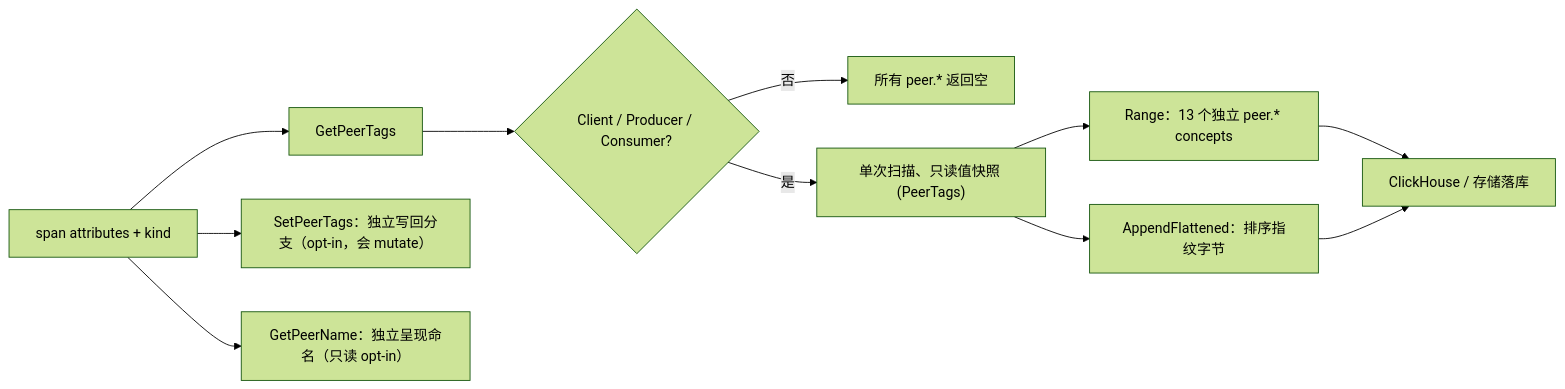
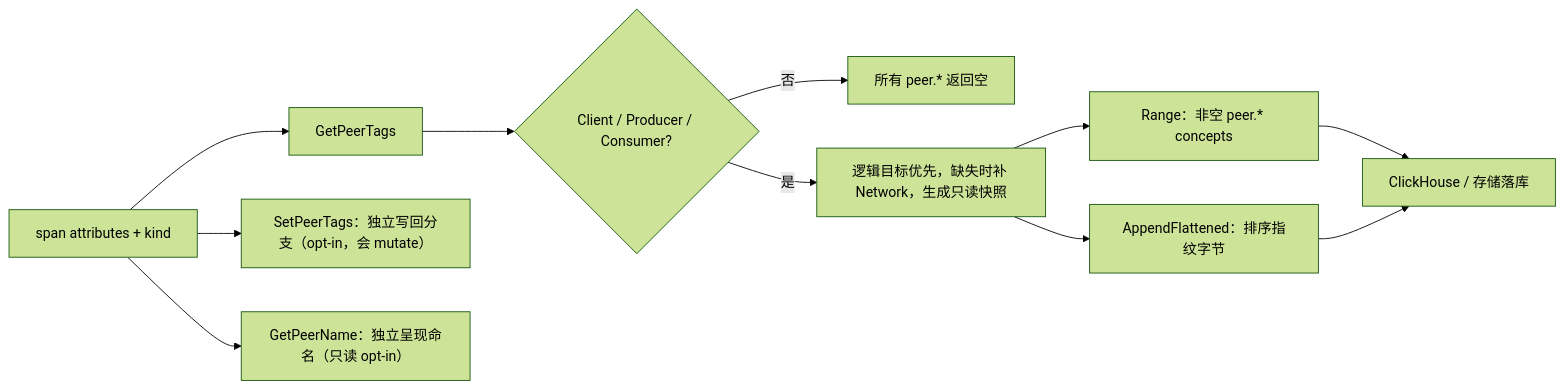
The second of 3 diagrams in README.md (datafoxlabs/otel-semconv-normalizer), drawn with Mermaid (forest theme) before and after one commit. The commit also changed other lines of this file and 14 other files, not shown here.

First line of the commit message:
feat(peer)!: add network identity fallback and unify flattened tags

````diff
--- a/README.md
+++ b/README.md
@@ -294,13 +294,13 @@
 ```mermaid
 flowchart LR
     Attrs["span attributes + kind"] --> Get["GetPeerTags"]
     Get --> Gate{"Client / Producer / Consumer?"}
     Gate -->|"否"| Empty["所有 peer.* 返回空"]
-    Gate -->|"是"| Snapshot["单次扫描、只读值快照 (PeerTags)"]
-    Snapshot --> Range["Range：13 个独立 peer.* concepts"]
+    Gate -->|"是"| Snapshot["逻辑目标优先，缺失时补 Network，生成只读快照"]
+    Snapshot --> Range["Range：非空 peer.* concepts"]
     Snapshot --> Flat["AppendFlattened：排序指纹字节"]
     Range --> Persist["ClickHouse / 存储落库"]
     Flat --> Persist
     Attrs --> Set["SetPeerTags：独立写回分支（opt-in，会 mutate）"]
     Attrs --> Name["GetPeerName：独立呈现命名（只读 opt-in）"]
 ```
````
